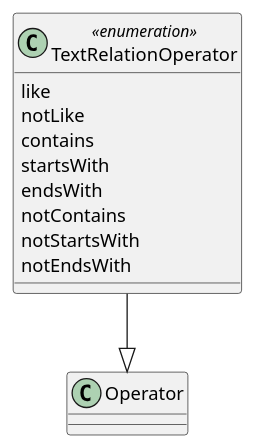
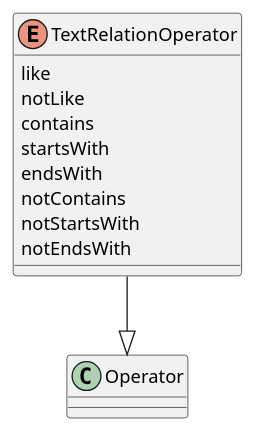
One commit to opengeospatial/styles-and-symbology changed the third of 3 diagrams in core/sections/clause_17_operations.adoc. Above: the diagram before and after it, drawn with PlantUML. The commit also changed other lines of this file and 8 other files, not shown here.

Commit message:
correction to plantuml naming conventions

```diff
--- a/core/sections/clause_17_operations.adoc
+++ b/core/sections/clause_17_operations.adoc
@@ -84,13 +84,13 @@
 [plantuml, target=diagram-classes, format=png]
 ....
-class TextRelationOperator <<enumeration>>
+enum TextRelationOperator
 TextRelationOperator --|> Operator
 TextRelationOperator : like
 TextRelationOperator : notLike
 TextRelationOperator : contains
 TextRelationOperator : startsWith
 TextRelationOperator : endsWith
 TextRelationOperator : notContains
 TextRelationOperator : notStartsWith
 TextRelationOperator : notEndsWith
 ....
```
